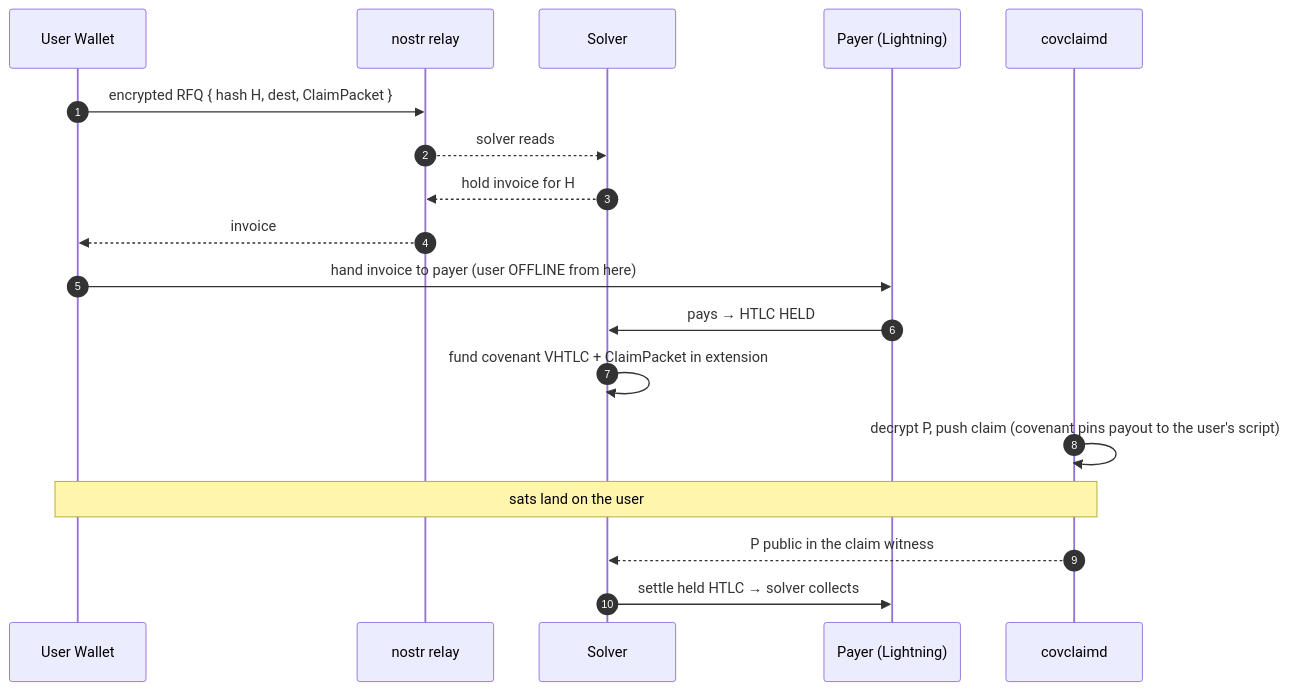
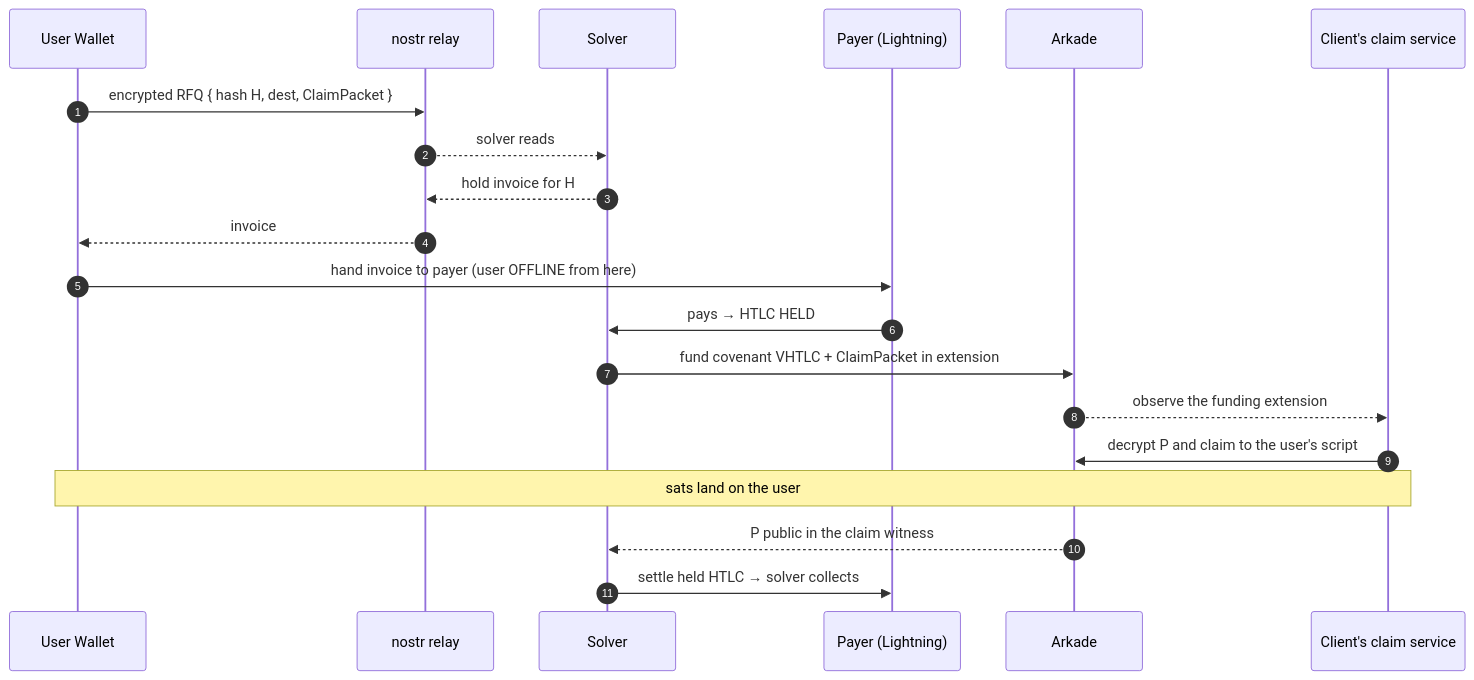
One commit to arkade-os/intent-solver changed the third of 3 diagrams in docs/architecture.md. Above: the diagram before and after it, drawn with Mermaid. The commit also changed other lines of this file and 52 other files, not shown here.

````diff
--- a/docs/architecture.md
+++ b/docs/architecture.md
@@ -75,20 +75,22 @@
 ```mermaid
 sequenceDiagram
     autonumber
     participant U as User Wallet
     participant N as nostr relay
     participant S as Solver
     participant P as Payer (Lightning)
-    participant C as covclaimd
+    participant A as Arkade
+    participant C as Client's claim service
     U->>N: encrypted RFQ { hash H, dest, ClaimPacket }
     N-->>S: solver reads
     S-->>N: hold invoice for H
     N-->>U: invoice
     U->>P: hand invoice to payer (user OFFLINE from here)
     P->>S: pays → HTLC HELD
-    S->>S: fund covenant VHTLC + ClaimPacket in extension
-    C->>C: decrypt P, push claim (covenant pins payout to the user's script)
+    S->>A: fund covenant VHTLC + ClaimPacket in extension
+    A-->>C: observe the funding extension
+    C->>A: decrypt P and claim to the user's script
     Note over C,U: sats land on the user
-    C-->>S: P public in the claim witness
+    A-->>S: P public in the claim witness
     S->>P: settle held HTLC → solver collects
 ```
````
